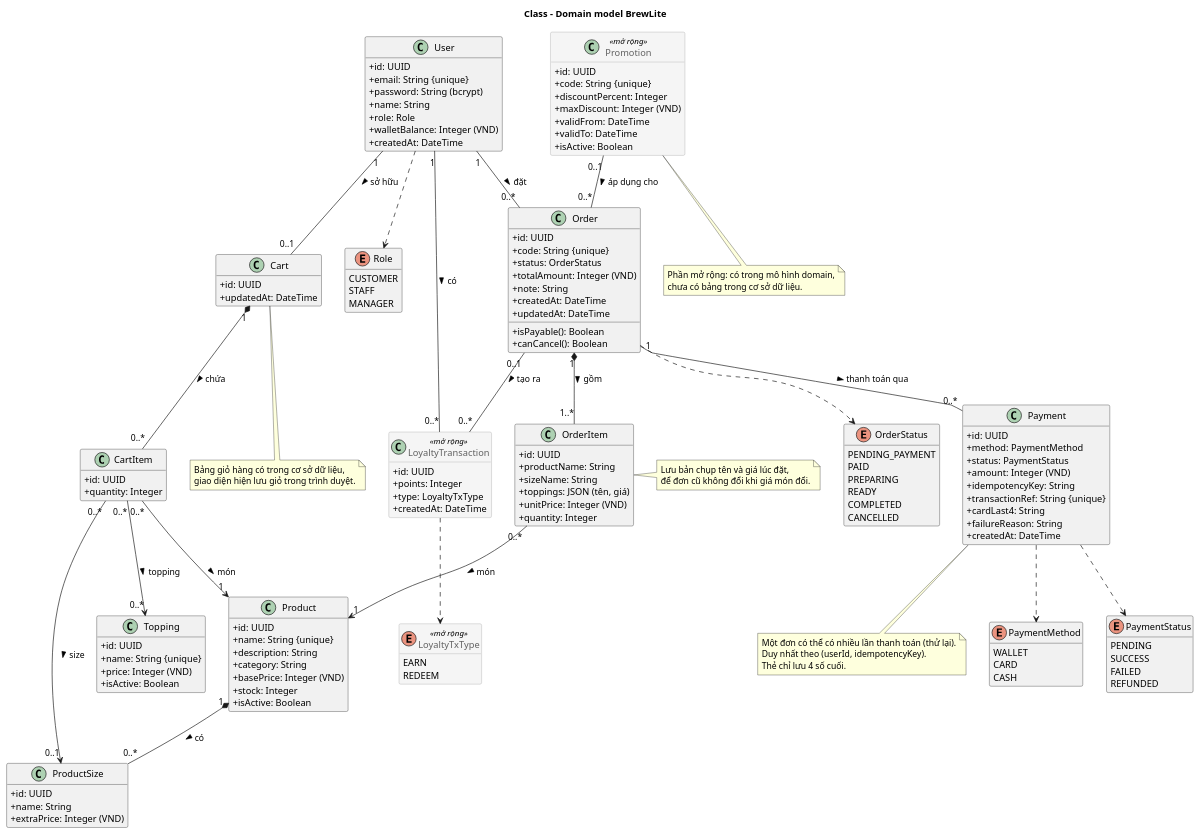
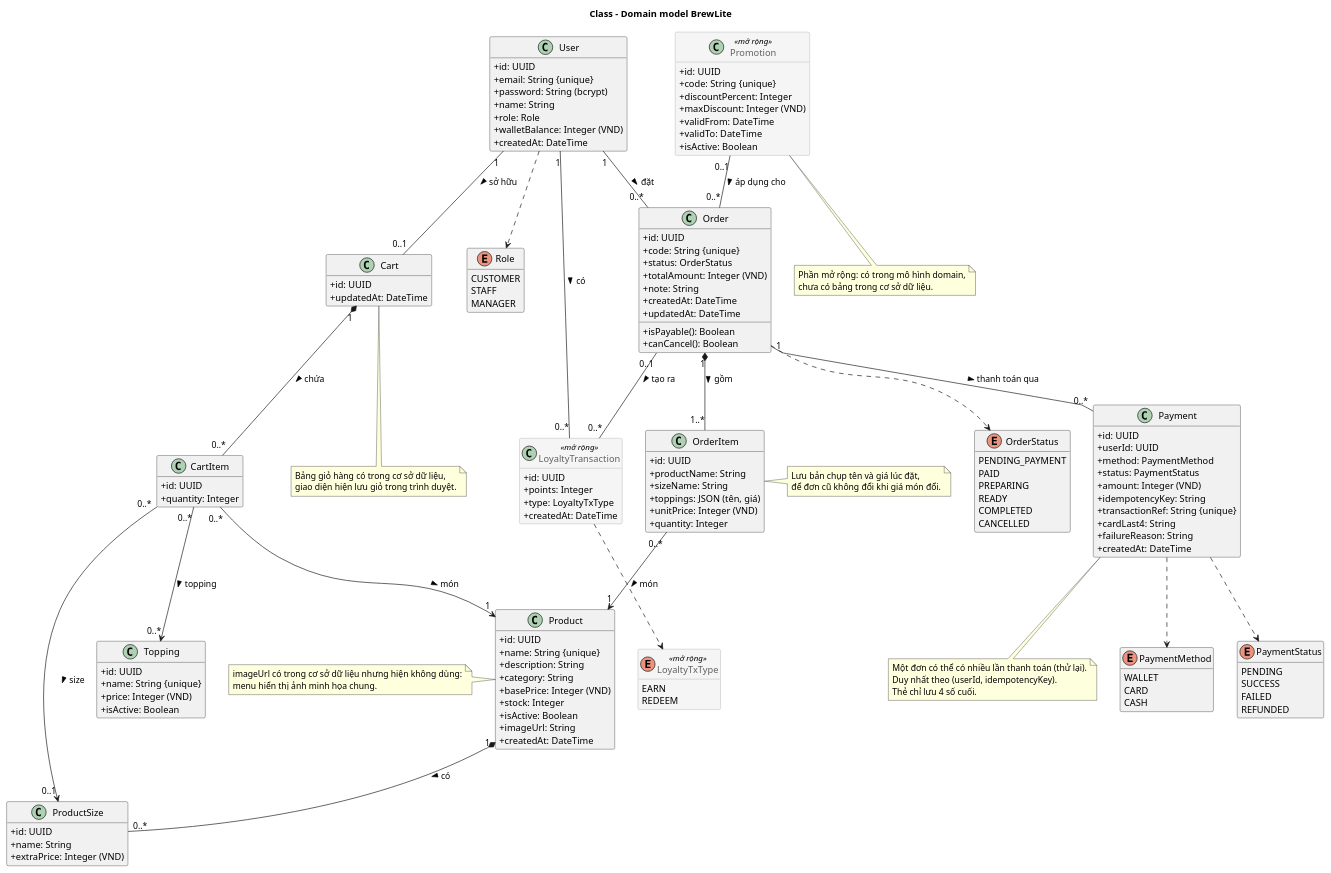
The diagram in docs/diagrams/class-domain.puml (Nashando/BrewLite-SWE-project), drawn with PlantUML before and after one commit. The commit also changed 6 other files, not shown here.

```diff
--- a/docs/diagrams/class-domain.puml
+++ b/docs/diagrams/class-domain.puml
@@ -1,179 +1,187 @@
 @startuml class-domain
 title Class - Domain model BrewLite
 hide empty methods
 skinparam classAttributeIconSize 0
 skinparam class {
   BackgroundColor<<mở rộng>> #F5F5F5
   BorderColor<<mở rộng>> #9E9E9E
   FontColor<<mở rộng>> #616161
 }
 
 enum Role {
   CUSTOMER
   STAFF
   MANAGER
 }
 
 enum OrderStatus {
   PENDING_PAYMENT
   PAID
   PREPARING
   READY
   COMPLETED
   CANCELLED
 }
 
 enum PaymentMethod {
   WALLET
   CARD
   CASH
 }
 
 enum PaymentStatus {
   PENDING
   SUCCESS
   FAILED
   REFUNDED
 }
 
 enum LoyaltyTxType <<mở rộng>> {
   EARN
   REDEEM
 }
 
 class User {
   + id: UUID
   + email: String {unique}
   {field} + password: String (bcrypt)
   + name: String
   + role: Role
   {field} + walletBalance: Integer (VND)
   + createdAt: DateTime
 }
 
 class Product {
   + id: UUID
   + name: String {unique}
   + description: String
   + category: String
   {field} + basePrice: Integer (VND)
   + stock: Integer
   + isActive: Boolean
+  + imageUrl: String
+  + createdAt: DateTime
 }
 
 class ProductSize {
   + id: UUID
   + name: String
   {field} + extraPrice: Integer (VND)
 }
 
 class Topping {
   + id: UUID
   + name: String {unique}
   {field} + price: Integer (VND)
   + isActive: Boolean
 }
 
 class Cart {
   + id: UUID
   + updatedAt: DateTime
 }
 
 class CartItem {
   + id: UUID
   + quantity: Integer
 }
 
 class Order {
   + id: UUID
   + code: String {unique}
   + status: OrderStatus
   {field} + totalAmount: Integer (VND)
   + note: String
   + createdAt: DateTime
   + updatedAt: DateTime
   + isPayable(): Boolean
   + canCancel(): Boolean
 }
 
 class OrderItem {
   + id: UUID
   + productName: String
   + sizeName: String
   {field} + toppings: JSON (tên, giá)
   {field} + unitPrice: Integer (VND)
   + quantity: Integer
 }
 
 class Payment {
   + id: UUID
+  + userId: UUID
   + method: PaymentMethod
   + status: PaymentStatus
   {field} + amount: Integer (VND)
   + idempotencyKey: String
   + transactionRef: String {unique}
   + cardLast4: String
   + failureReason: String
   + createdAt: DateTime
 }
 
 class Promotion <<mở rộng>> {
   + id: UUID
   + code: String {unique}
   + discountPercent: Integer
   {field} + maxDiscount: Integer (VND)
   + validFrom: DateTime
   + validTo: DateTime
   + isActive: Boolean
 }
 
 class LoyaltyTransaction <<mở rộng>> {
   + id: UUID
   + points: Integer
   + type: LoyaltyTxType
   + createdAt: DateTime
 }
 
 User "1" -- "0..1" Cart : sở hữu >
 Cart "1" *-- "0..*" CartItem : chứa >
 CartItem "0..*" --> "1" Product : món >
 CartItem "0..*" --> "0..1" ProductSize : size >
 CartItem "0..*" --> "0..*" Topping : topping >
 Product "1" *-- "0..*" ProductSize : có >
 
 User "1" -- "0..*" Order : đặt >
 Order "1" *-- "1..*" OrderItem : gồm >
 OrderItem "0..*" --> "1" Product : món >
 Order "1" -- "0..*" Payment : thanh toán qua >
 
 Promotion "0..1" -- "0..*" Order : áp dụng cho >
 User "1" -- "0..*" LoyaltyTransaction : có >
 Order "0..1" -- "0..*" LoyaltyTransaction : tạo ra >
 
 User ..> Role
 Order ..> OrderStatus
 Payment ..> PaymentMethod
 Payment ..> PaymentStatus
 LoyaltyTransaction ..> LoyaltyTxType
 
 note right of OrderItem
   Lưu bản chụp tên và giá lúc đặt,
   để đơn cũ không đổi khi giá món đổi.
 end note
 
 note bottom of Payment
   Một đơn có thể có nhiều lần thanh toán (thử lại).
   Duy nhất theo (userId, idempotencyKey).
   Thẻ chỉ lưu 4 số cuối.
 end note
 
+note left of Product
+  imageUrl có trong cơ sở dữ liệu nhưng hiện không dùng:
+  menu hiển thị ảnh minh họa chung.
+end note
+
 note bottom of Promotion
   Phần mở rộng: có trong mô hình domain,
   chưa có bảng trong cơ sở dữ liệu.
 end note
 
 note bottom of Cart
   Bảng giỏ hàng có trong cơ sở dữ liệu,
   giao diện hiện lưu giỏ trong trình duyệt.
 end note
 @enduml
```
